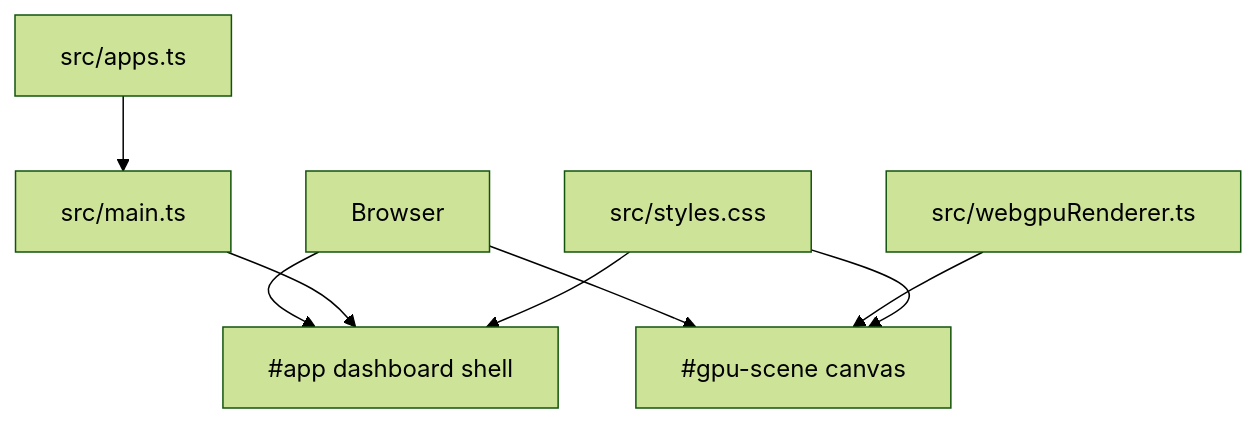
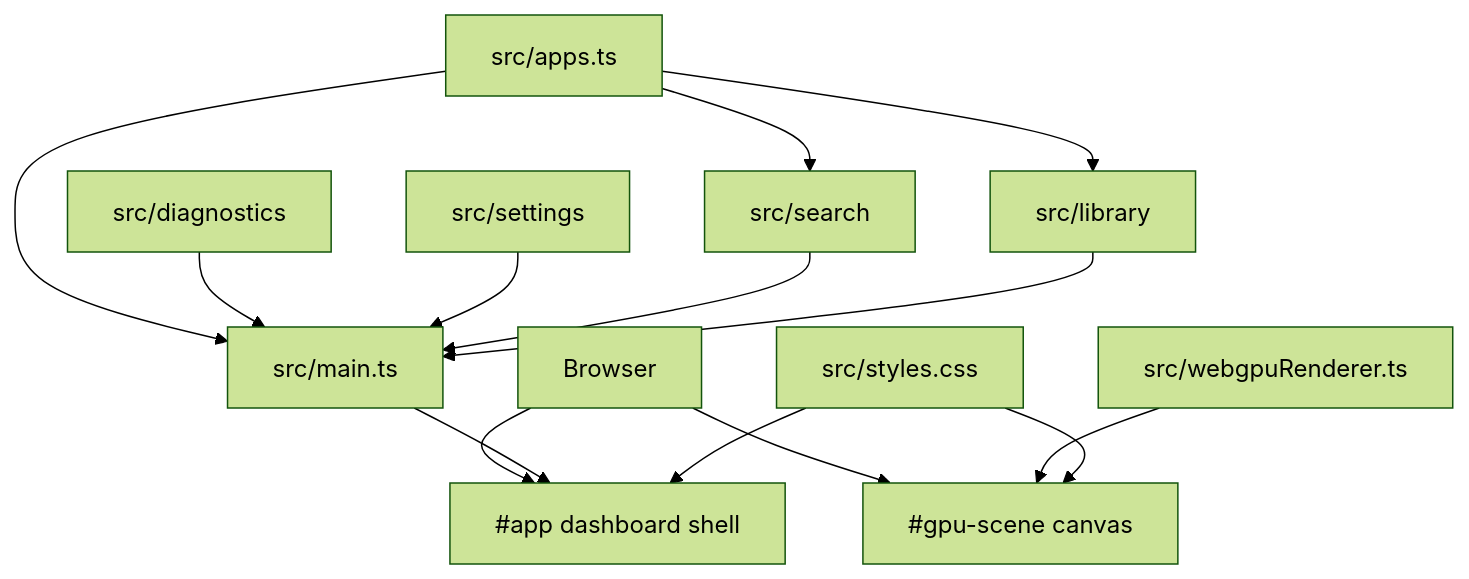
Before and after one commit to jost-aaron/nebula: the diagram in docs/architecture.md, drawn with Mermaid (forest theme). The commit also changed other lines of this file and 15 other files, not shown here.

````diff
--- a/docs/architecture.md
+++ b/docs/architecture.md
@@ -8,18 +8,28 @@
 ```mermaid
 flowchart TD
   Browser["Browser"]
   Canvas["#gpu-scene canvas"]
   Shell["#app dashboard shell"]
   Renderer["src/webgpuRenderer.ts"]
   Main["src/main.ts"]
   Registry["src/apps.ts"]
+  Diagnostics["src/diagnostics"]
+  Settings["src/settings"]
+  Search["src/search"]
+  Library["src/library"]
   Styles["src/styles.css"]
 
   Browser --> Canvas
   Browser --> Shell
   Renderer --> Canvas
   Main --> Shell
   Registry --> Main
+  Diagnostics --> Main
+  Settings --> Main
+  Search --> Main
+  Library --> Main
+  Registry --> Search
+  Registry --> Library
   Styles --> Shell
   Styles --> Canvas
 ```
````
